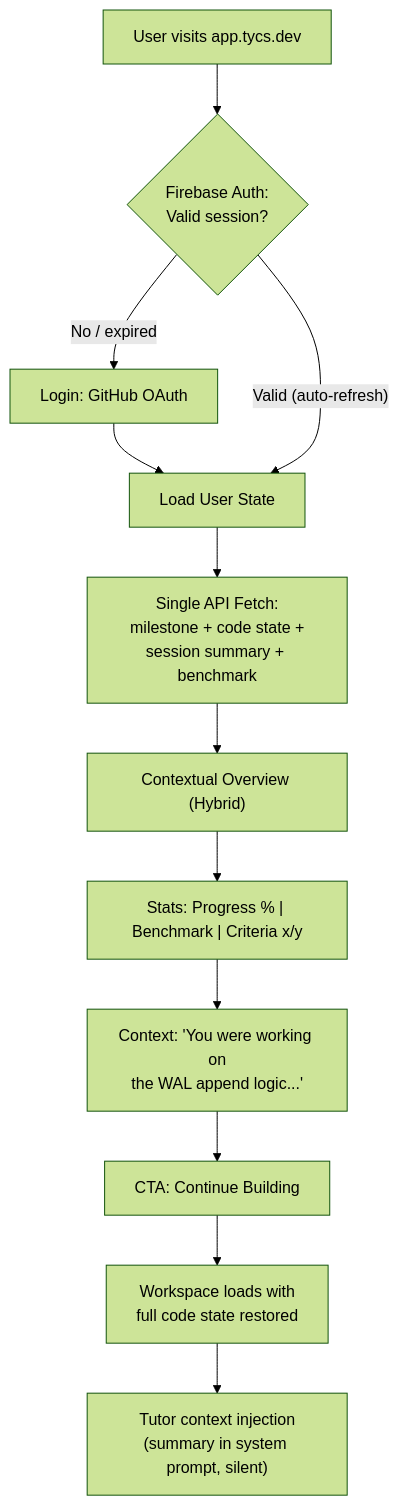
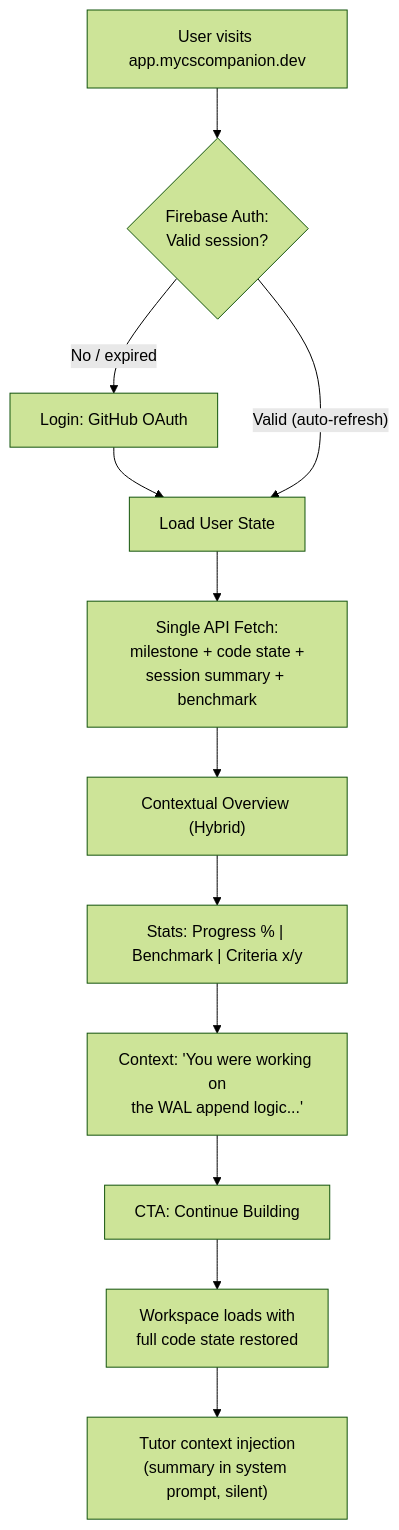
Before and after one commit to andukdahacker/tycs: the third of 6 diagrams in _bmad-output/planning-artifacts/ux-design-specification.md, drawn with Mermaid (forest theme). The commit also changed other lines of this file and 63 other files, not shown here.

First line of the commit message:
Rename project from tycs to mycscompanion and create Story 2.1

````diff
--- a/_bmad-output/planning-artifacts/ux-design-specification.md
+++ b/_bmad-output/planning-artifacts/ux-design-specification.md
@@ -1140,14 +1140,14 @@
 ```mermaid
 flowchart TD
-    A["User visits app.tycs.dev"] --> B{"Firebase Auth:<br/>Valid session?"}
+    A["User visits app.mycscompanion.dev"] --> B{"Firebase Auth:<br/>Valid session?"}
     B -->|"No / expired"| C["Login: GitHub OAuth"]
     C --> D["Load User State"]
     B -->|"Valid (auto-refresh)"| D
     D --> E["Single API Fetch:<br/>milestone + code state +<br/>session summary + benchmark"]
     E --> F["Contextual Overview (Hybrid)"]
     F --> F1["Stats: Progress % | Benchmark | Criteria x/y"]
     F1 --> F2["Context: 'You were working on<br/>the WAL append logic...'"]
     F2 --> F3["CTA: Continue Building"]
     F3 --> G["Workspace loads with<br/>full code state restored"]
     G --> H["Tutor context injection<br/>(summary in system prompt, silent)"]
 ```
````
